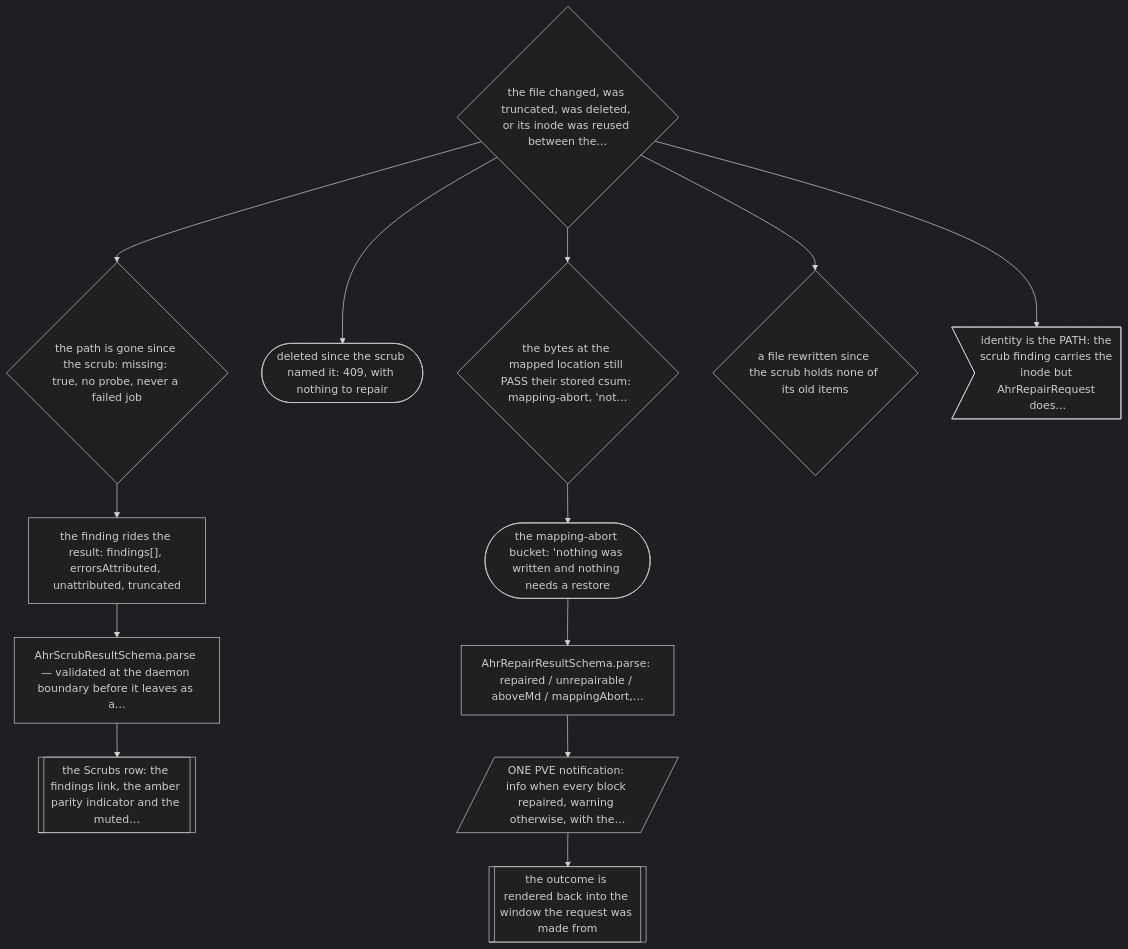
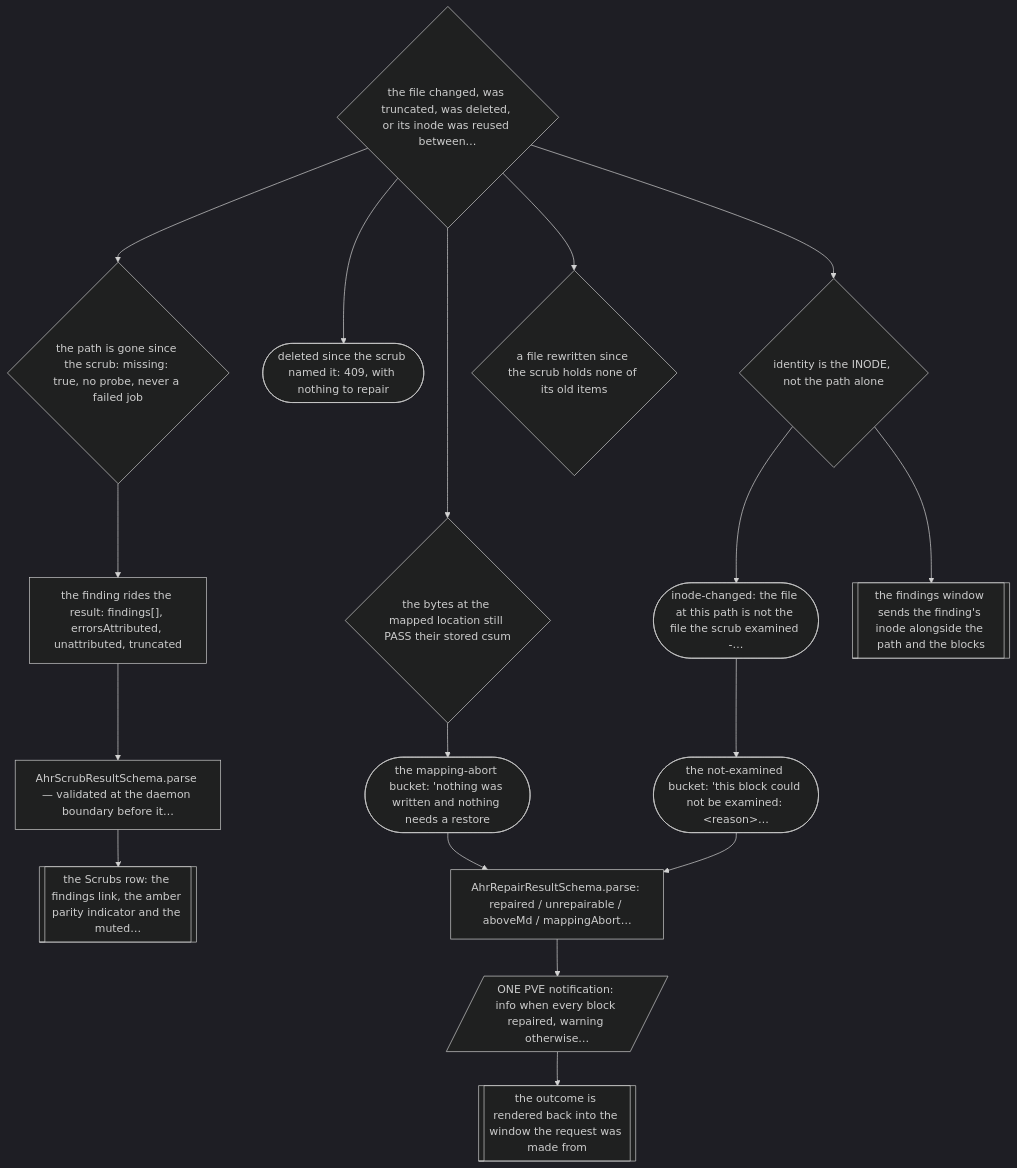
Before and after one commit to devn-ch/anas: diagram 18 of 24 in docs/AHR-SELF-HEAL-DECISION-TREE.md, drawn with Mermaid (dark theme). The commit also changed other lines of this file and 22 other files, not shown here.

````diff
--- a/docs/AHR-SELF-HEAL-DECISION-TREE.md
+++ b/docs/AHR-SELF-HEAL-DECISION-TREE.md
@@ -1528,28 +1634,35 @@
 ```mermaid
 flowchart TD
-  X18{"the file changed, was truncated, was deleted, or its inode was reused between the…"}
+  X18{"the file changed, was truncated, was deleted, or its inode was reused between…"}
   S51{"the path is gone since the scrub: missing: true, no probe, never a failed job"}
   RT06c(["deleted since the scrub named it: 409, with nothing to repair"])
-  E04d{"the bytes at the mapped location still PASS their stored csum: mapping-abort, 'not…"}
+  E04d{"the bytes at the mapped location still PASS their stored csum"}
   X18a{"a file rewritten since the scrub holds none of its old items"}
-  X18r>"identity is the PATH: the scrub finding carries the inode but AhrRepairRequest does…"]
+  X18r{"identity is the INODE, not the path alone"}
   S50["the finding rides the result: findings[], errorsAttributed, unattributed, truncated"]
   J41(["the mapping-abort bucket: 'nothing was written and nothing needs a restore"])
-  S60["AhrScrubResultSchema.parse — validated at the daemon boundary before it leaves as a…"]
-  J50["AhrRepairResultSchema.parse: repaired / unrepairable / aboveMd / mappingAbort,…"]
+  E00b(["inode-changed: the file at this path is not the file the scrub examined -…"])
+  U09[["the findings window sends the finding's inode alongside the path and the blocks"]]
+  S60["AhrScrubResultSchema.parse — validated at the daemon boundary before it…"]
+  J50["AhrRepairResultSchema.parse: repaired / unrepairable / aboveMd / mappingAbort…"]
+  J47(["the not-examined bucket: 'this block could not be examined: &lt;reason&gt;…"])
   S64[["the Scrubs row: the findings link, the amber parity indicator and the muted…"]]
-  J51[/"ONE PVE notification: info when every block repaired, warning otherwise, with the…"/]
+  J51[/"ONE PVE notification: info when every block repaired, warning otherwise…"/]
   J52[["the outcome is rendered back into the window the request was made from"]]
   X18 --> S51
   X18 --> RT06c
   X18 --> E04d
   X18 --> X18a
   X18 --> X18r
   S51 --> S50
   E04d --> J41
+  X18r --> E00b
+  X18r --> U09
   S50 --> S60
   J41 --> J50
+  E00b --> J47
   S60 --> S64
   J50 --> J51
+  J47 --> J50
   J51 --> J52
 ```
````
